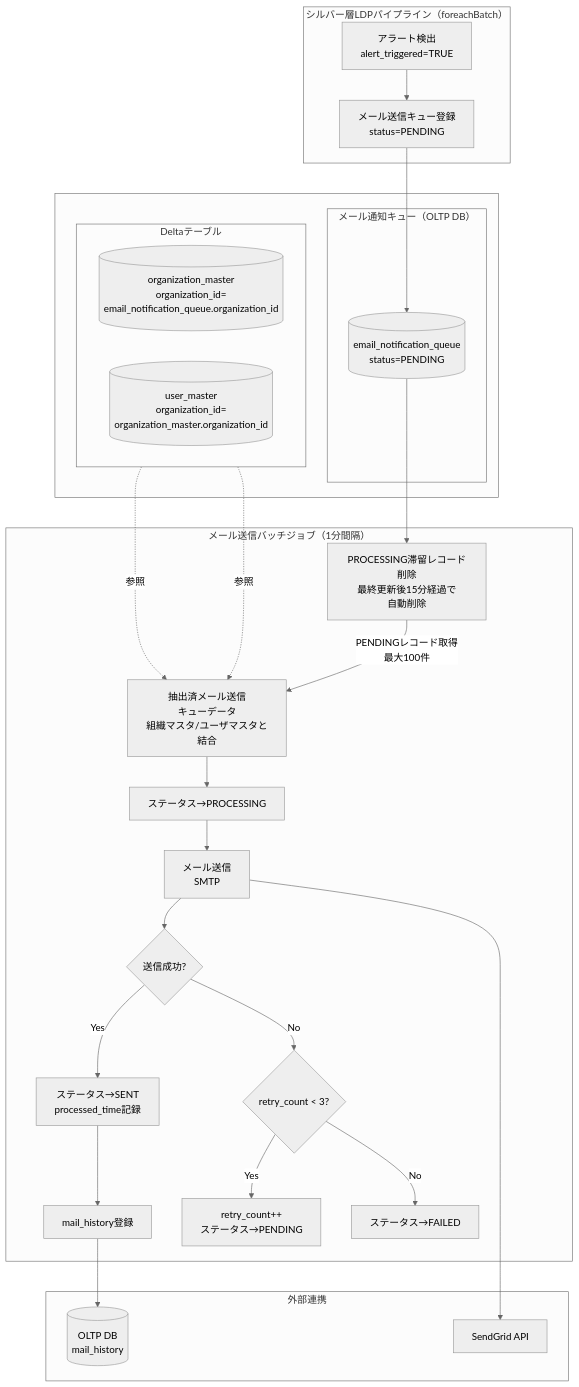
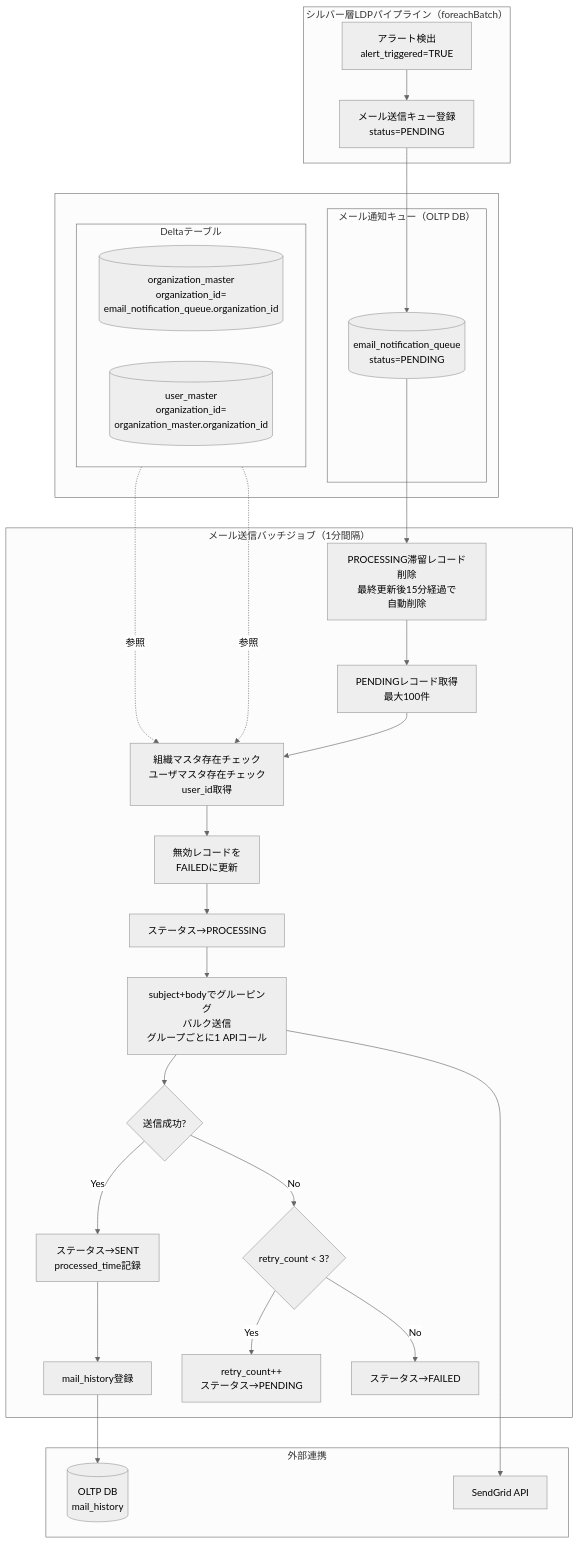
The first of 2 diagrams in docs/03-features/batch/scheduled-email-job/README.md (NSW-SVCP-AIWG002/Databricks-IoT), drawn with Mermaid (neutral theme) before and after one commit. The commit also changed other lines of this file and 1 other file, not shown here.

````diff
--- a/docs/03-features/batch/scheduled-email-job/README.md
+++ b/docs/03-features/batch/scheduled-email-job/README.md
@@ -139,55 +154,59 @@
 ```mermaid
 flowchart TB
     subgraph Silver["シルバー層LDPパイプライン（foreachBatch）"]
         AlertDetect[アラート検出<br>alert_triggered=TRUE]
         QueueInsert[メール送信キュー登録<br>status=PENDING]
         AlertDetect --> QueueInsert
     end
 
     subgraph  
         subgraph Queue["メール通知キュー（OLTP DB）"]
             PendingRecord[(email_notification_queue<br>status=PENDING)]
             QueueInsert --> PendingRecord
         end
 
         subgraph DLTTBL["Deltaテーブル"]
             direction LR
             OrganizationMaster[(organization_master<br>organization_id=<br>email_notification_queue.organization_id)]
             UserMaster[(user_master<br>organization_id=<br>organization_master.organization_id)]
         end
     end
 
     subgraph Batch["メール送信バッチジョブ（1分間隔）"]
         Recovery[PROCESSING滞留レコード削除<br>最終更新後15分経過で<br>自動削除]
-        Fetch[抽出済メール送信<br>キューデータ<br>組織マスタ/ユーザマスタと結合]
+        Fetch[PENDINGレコード取得<br>最大100件]
+        MasterCheck[組織マスタ存在チェック<br>ユーザマスタ存在チェック<br>user_id取得]
+        InvalidFailed[無効レコードを<br>FAILEDに更新]
         UpdateProcessing[ステータス→PROCESSING]
-        SendEmail[メール送信<br>SMTP]
+        BulkSend[subject+bodyでグルーピング<br>バルク送信<br>グループごとに1 APIコール]
         Success{送信成功?}
         UpdateSent[ステータス→SENT<br>processed_time記録]
         CheckRetry{retry_count < 3?}
         UpdatePending[retry_count++<br>ステータス→PENDING]
         UpdateFailed[ステータス→FAILED]
         RecordHistory[mail_history登録]
 
-        Recovery -->|PENDINGレコード取得<br>最大100件| Fetch
-        Fetch --> UpdateProcessing
-        UpdateProcessing --> SendEmail
-        SendEmail --> Success
+        Recovery --> Fetch
+        Fetch --> MasterCheck
+        MasterCheck --> InvalidFailed
+        InvalidFailed --> UpdateProcessing
+        UpdateProcessing --> BulkSend
+        BulkSend --> Success
         Success -->|Yes| UpdateSent
         Success -->|No| CheckRetry
         CheckRetry -->|Yes| UpdatePending
         CheckRetry -->|No| UpdateFailed
         UpdateSent --> RecordHistory
     end
 
     subgraph External["外部連携"]
         SendGrid[SendGrid API]
         MailHistory[(OLTP DB<br>mail_history)]
-        SendEmail --> SendGrid
+        BulkSend --> SendGrid
         RecordHistory --> MailHistory
     end
 
     PendingRecord --> Recovery
-    OrganizationMaster -.->|参照| Fetch
-    UserMaster -.->|参照| Fetch
+    OrganizationMaster -.->|参照| MasterCheck
+    UserMaster -.->|参照| MasterCheck
 ```
````
